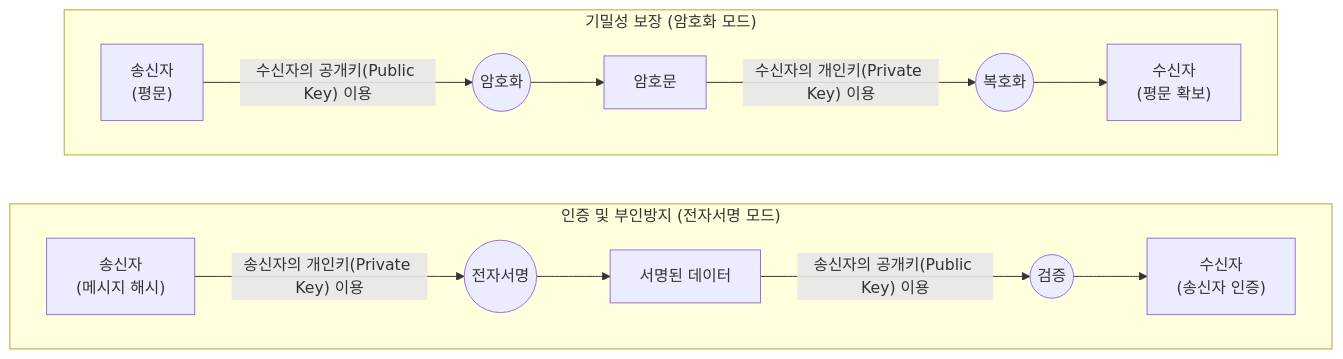
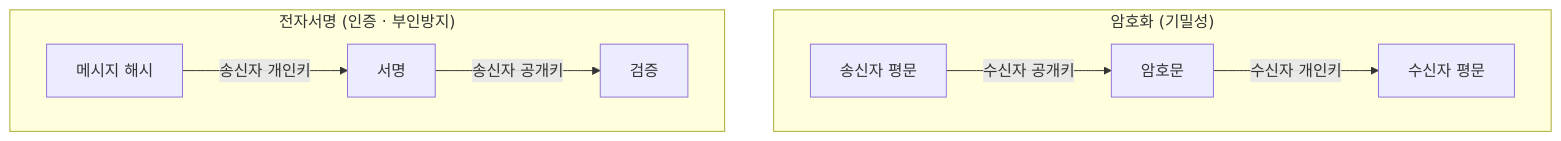
Before and after one commit to supremethumb/supremethumb.github.io: the diagram in content/01_IT Tech/비대칭키 암호화.md, drawn with Mermaid. The commit also changed other lines of this file and 1087 other files, not shown here.

````diff
--- a/content/01_IT Tech/비대칭키 암호화.md
+++ b/content/01_IT Tech/비대칭키 암호화.md
@@ -30,33 +36,13 @@
 ```mermaid
 flowchart TB
-    subgraph Mode1 ["기밀성 보장 (암호화 모드)"]
+    subgraph M1["암호화 (기밀성)"]
         direction LR
-        S1["송신자<br/>(평문)"]
-        E1(("암호화"))
-        C1["암호문"]
-        D1(("복호화"))
-        R1["수신자<br/>(평문 확보)"]
-        
-        S1 -->|"수신자의 공개키(Public Key) 이용"| E1
-        E1 --> C1
-        C1 -->|"수신자의 개인키(Private Key) 이용"| D1
-        D1 --> R1
+        S1["송신자 평문"] -->|"수신자 공개키"| C1["암호문"]
+        C1 -->|"수신자 개인키"| R1["수신자 평문"]
     end
-
-    subgraph Mode2 ["인증 및 부인방지 (전자서명 모드)"]
+    subgraph M2["전자서명 (인증 · 부인방지)"]
         direction LR
-        S2["송신자<br/>(메시지 해시)"]
-        Sign(("전자서명"))
-        C2["서명된 데이터"]
-        Ver(("검증"))
-        R2["수신자<br/>(송신자 인증)"]
-        
-        S2 -->|"송신자의 개인키(Private Key) 이용"| Sign
-        Sign --> C2
-        C2 -->|"송신자의 공개키(Public Key) 이용"| Ver
-        Ver --> R2
+        S2["메시지 해시"] -->|"송신자 개인키"| G["서명"]
+        G -->|"송신자 공개키"| V["검증"]
     end
-    
-    Mode1 ~~~ Mode2
-
 ```
````
